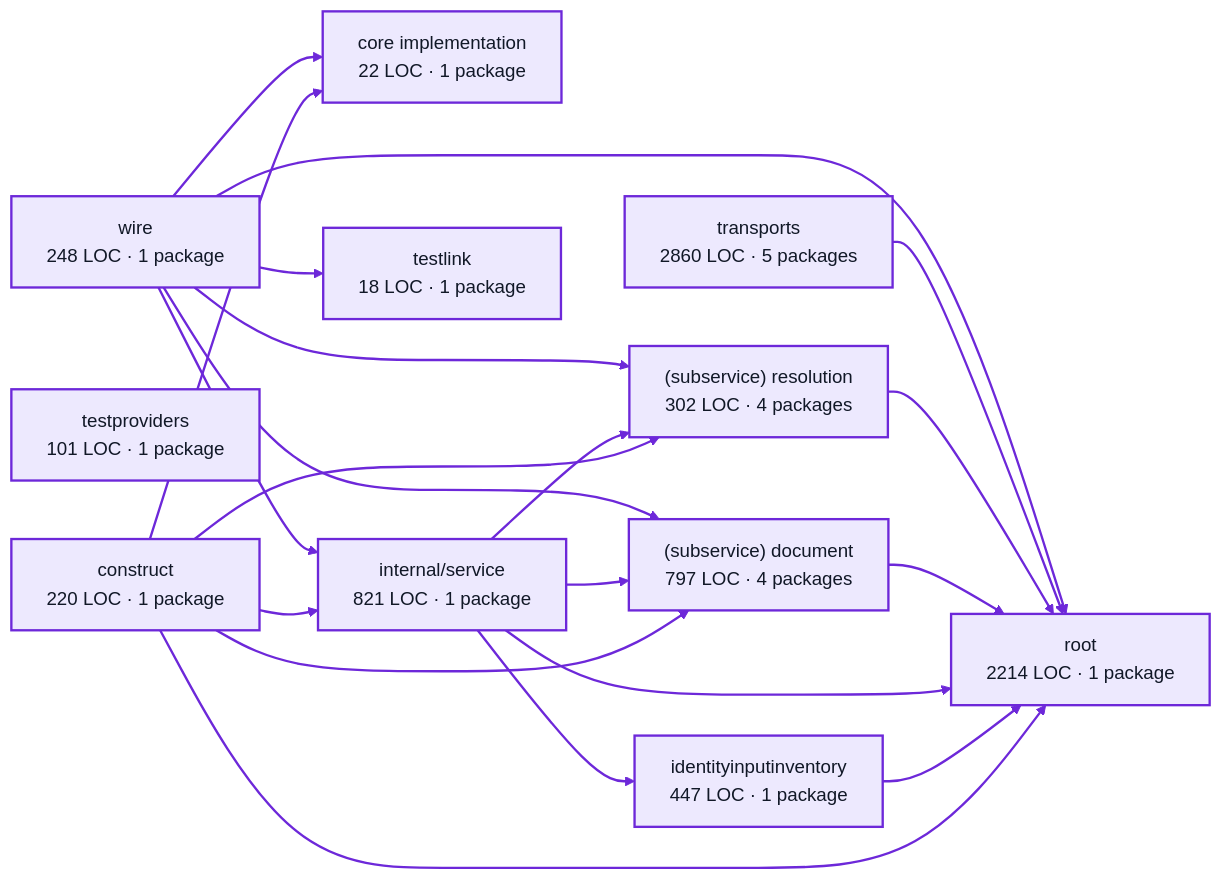
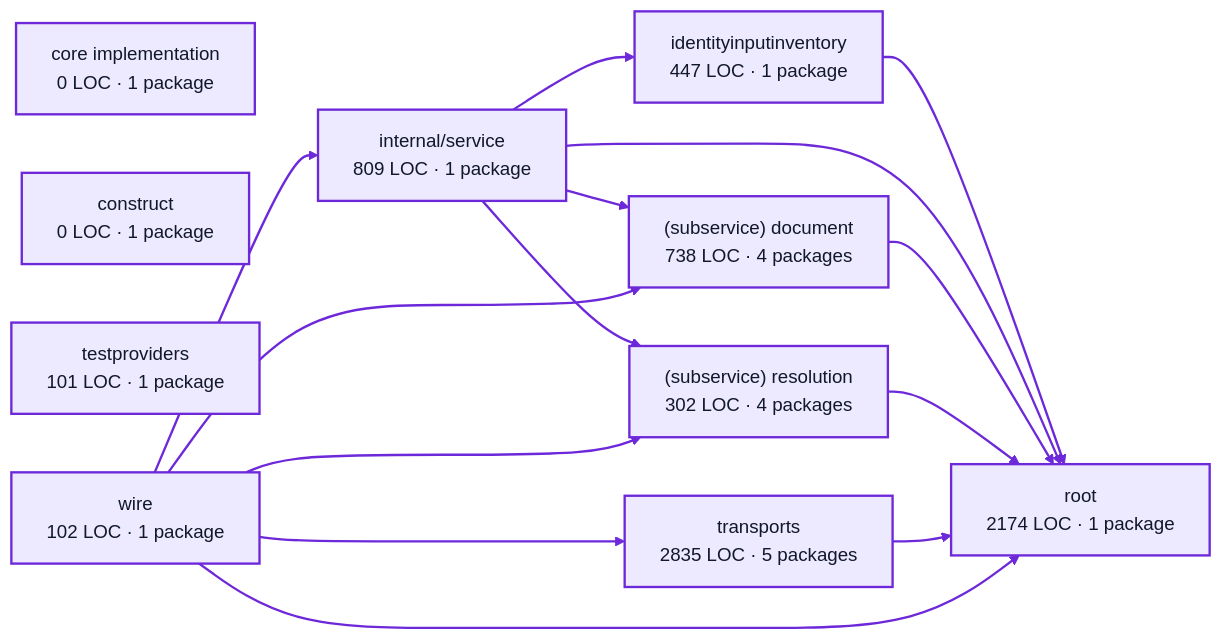
The diagram in docs/architecture/visualizations/services/operator_settings.md (portpowered/you-agent-factory), drawn with Mermaid (neutral theme) before and after one commit. The commit also changed other lines of this file and 20 other files, not shown here.

Commit message:
docs: refresh backend architecture visualizations

````diff
--- a/docs/architecture/visualizations/services/operator_settings.md
+++ b/docs/architecture/visualizations/services/operator_settings.md
@@ -11,45 +11,37 @@
 ```mermaid
 flowchart LR
-  p0["core implementation<br/>22 LOC · 1 package"]
-  p1["construct<br/>220 LOC · 1 package"]
+  p0["core implementation<br/>0 LOC · 1 package"]
+  p1["construct<br/>0 LOC · 1 package"]
   p2["identityinputinventory<br/>447 LOC · 1 package"]
-  p3["internal/service<br/>821 LOC · 1 package"]
-  p4["(subservice) document<br/>797 LOC · 4 packages"]
+  p3["internal/service<br/>809 LOC · 1 package"]
+  p4["(subservice) document<br/>738 LOC · 4 packages"]
   p5["(subservice) resolution<br/>302 LOC · 4 packages"]
-  p6["testlink<br/>18 LOC · 1 package"]
-  p7["testproviders<br/>101 LOC · 1 package"]
-  p8["root<br/>2214 LOC · 1 package"]
-  p9["transports<br/>2860 LOC · 5 packages"]
-  p10["wire<br/>248 LOC · 1 package"]
-  p1 --> p0
-  p1 --> p3
-  p1 --> p4
-  p1 --> p5
-  p1 --> p8
-  p2 --> p8
+  p6["testproviders<br/>101 LOC · 1 package"]
+  p7["root<br/>2174 LOC · 1 package"]
+  p8["transports<br/>2835 LOC · 5 packages"]
+  p9["wire<br/>102 LOC · 1 package"]
+  p2 --> p7
   p3 --> p2
   p3 --> p4
   p3 --> p5
-  p3 --> p8
-  p4 --> p8
-  p5 --> p8
+  p3 --> p7
+  p4 --> p7
+  p5 --> p7
+  p8 --> p7
+  p9 --> p3
+  p9 --> p4
+  p9 --> p5
+  p9 --> p7
   p9 --> p8
-  p10 --> p0
-  p10 --> p3
-  p10 --> p4
-  p10 --> p5
-  p10 --> p6
-  p10 --> p8
   style p0 fill:#ede9fe,stroke:#6d28d9,stroke-width:2px,color:#111827
   style p1 fill:#ede9fe,stroke:#6d28d9,stroke-width:2px,color:#111827
   style p2 fill:#ede9fe,stroke:#6d28d9,stroke-width:2px,color:#111827
   style p3 fill:#ede9fe,stroke:#6d28d9,stroke-width:2px,color:#111827
   style p4 fill:#ede9fe,stroke:#6d28d9,stroke-width:2px,color:#111827
   style p5 fill:#ede9fe,stroke:#6d28d9,stroke-width:2px,color:#111827
   style p6 fill:#ede9fe,stroke:#6d28d9,stroke-width:2px,color:#111827
   style p7 fill:#ede9fe,stroke:#6d28d9,stroke-width:2px,color:#111827
   style p8 fill:#ede9fe,stroke:#6d28d9,stroke-width:2px,color:#111827
   style p9 fill:#ede9fe,stroke:#6d28d9,stroke-width:2px,color:#111827
-  style p10 fill:#ede9fe,stroke:#6d28d9,stroke-width:2px,color:#111827
   linkStyle default stroke:#6d28d9,stroke-width:2px
 ```
````
